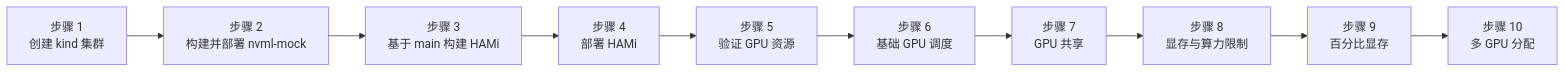
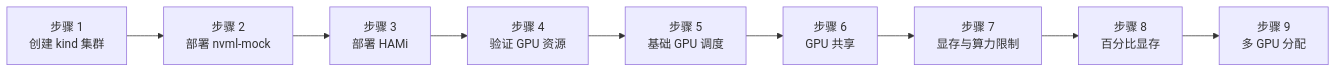
One commit to Project-HAMi/website changed the diagram in i18n/zh/docusaurus-plugin-content-docs-tutorials/current/labs/nvml-mock.md. Above: the diagram before and after it, drawn with Mermaid. The commit also changed other lines of this file and 1 other file, not shown here.

First line of the commit message:
docs(tutorials): use published nvml-mock and HAMi charts in lab 5 (#1015)

````diff
--- a/i18n/zh/docusaurus-plugin-content-docs-tutorials/current/labs/nvml-mock.md
+++ b/i18n/zh/docusaurus-plugin-content-docs-tutorials/current/labs/nvml-mock.md
@@ -44,13 +44,12 @@
 ```mermaid
 %% title: Fake-GPU 调度安装全景图
 flowchart LR
-    Step1["步骤 1<br/>创建 kind 集群"] --> Step2["步骤 2<br/>构建并部署 nvml-mock"]
-    Step2 --> Step3["步骤 3<br/>基于 main 构建 HAMi"]
-    Step3 --> Step4["步骤 4<br/>部署 HAMi"]
-    Step4 --> Step5["步骤 5<br/>验证 GPU 资源"]
-    Step5 --> Step6["步骤 6<br/>基础 GPU 调度"]
-    Step6 --> Step7["步骤 7<br/>GPU 共享"]
-    Step7 --> Step8["步骤 8<br/>显存与算力限制"]
-    Step8 --> Step9["步骤 9<br/>百分比显存"]
-    Step9 --> Step10["步骤 10<br/>多 GPU 分配"]
+    Step1["步骤 1<br/>创建 kind 集群"] --> Step2["步骤 2<br/>部署 nvml-mock"]
+    Step2 --> Step3["步骤 3<br/>部署 HAMi"]
+    Step3 --> Step4["步骤 4<br/>验证 GPU 资源"]
+    Step4 --> Step5["步骤 5<br/>基础 GPU 调度"]
+    Step5 --> Step6["步骤 6<br/>GPU 共享"]
+    Step6 --> Step7["步骤 7<br/>显存与算力限制"]
+    Step7 --> Step8["步骤 8<br/>百分比显存"]
+    Step8 --> Step9["步骤 9<br/>多 GPU 分配"]
 ```
````
